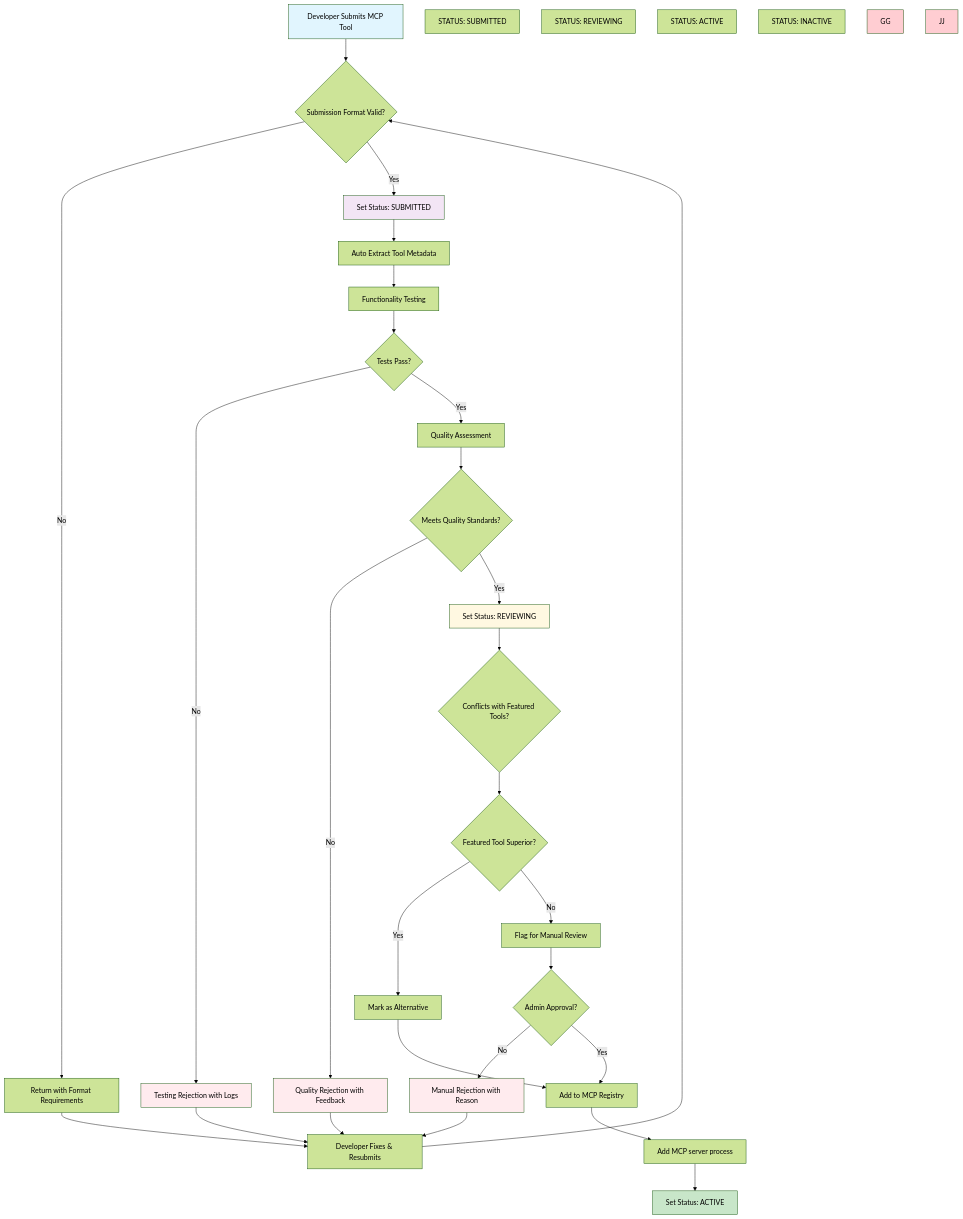
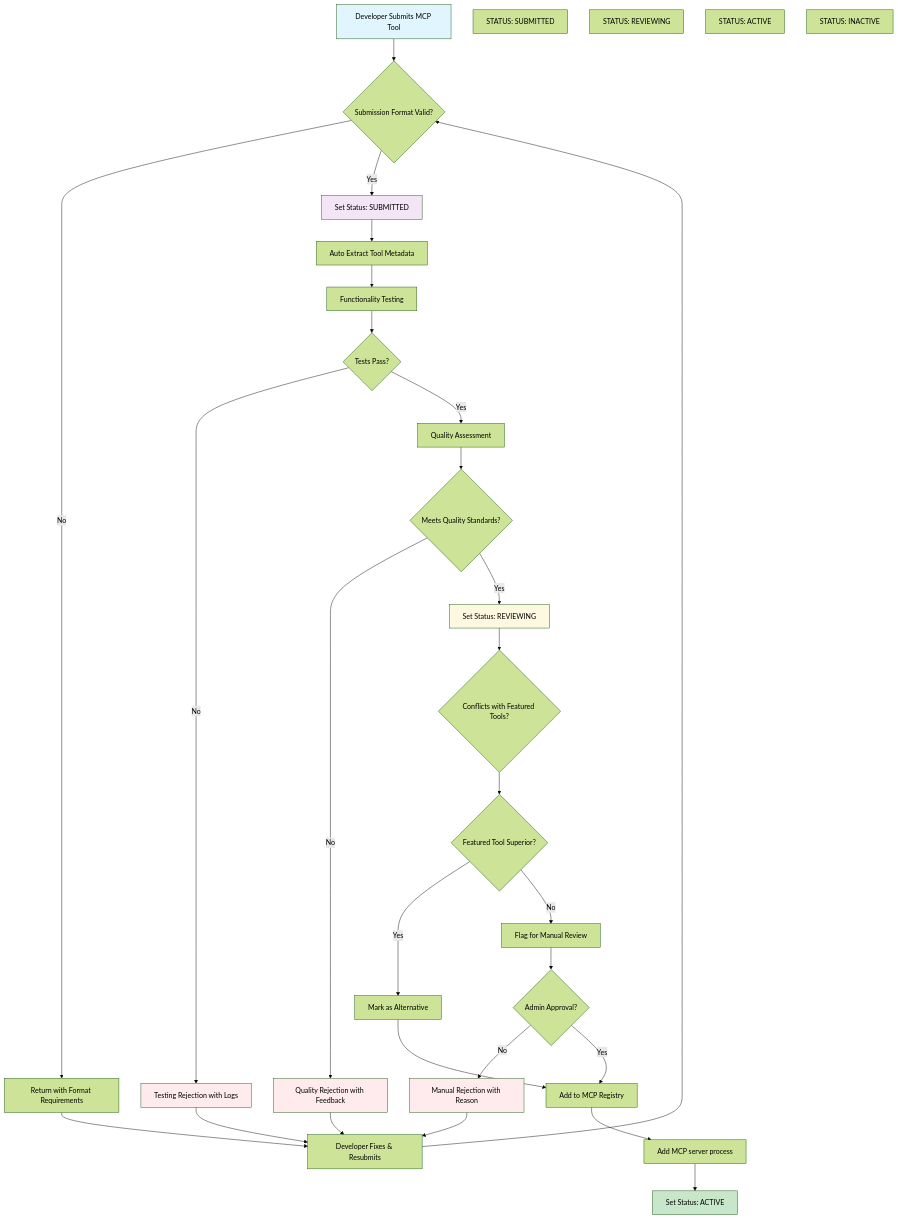
Before and after one commit to OmniMCP-AI/SE-prompt-context: the diagram in 09-process-mgmt/submit-mcp.mermaid, drawn with Mermaid (forest theme). The commit also changed other lines of this file, not shown here.

```diff
--- a/09-process-mgmt/submit-mcp.mermaid
+++ b/09-process-mgmt/submit-mcp.mermaid
@@ -1,64 +1,62 @@
 flowchart TD
     A[Developer Submits MCP Tool] --> B{Submission Format Valid?}
     B -->|No| C[Return with Format Requirements]
     B -->|Yes| D[Set Status: SUBMITTED]
     
     D --> E[Auto Extract Tool Metadata]
 
 
 
     
     
     
      
     G --> I{Featured Tool Superior?}
     I -->|Yes| J[Mark as Alternative]
     I -->|No| K[Flag for Manual Review]
     
     E --> O[Functionality Testing]
     
     O --> P{Tests Pass?}
     P -->|No| Q[Testing Rejection with Logs]
     P -->|Yes| R[Quality Assessment]
     
     R --> S{Meets Quality Standards?}
     S -->|No| T[Quality Rejection with Feedback]
     S -->|Yes| U[Set Status: REVIEWING]
     
     U --> G{Conflicts with Featured Tools?}
      
     K --> X{Admin Approval?}
     X -->|No| Y[Manual Rejection with Reason]
     X -->|Yes| Z[Add to MCP Registry]
     
     J --> Z
     Z --> BB[Add MCP server process]
     BB --> CC[Set Status: ACTIVE]
     
    
     %% Status flows
    
     
     C --> MM[Developer Fixes & Resubmits]
     Q --> MM
     T --> MM
     Y --> MM
     MM --> B
     
     %% Status boxes
     NN[STATUS: SUBMITTED]
     OO[STATUS: REVIEWING]    
     QQ[STATUS: ACTIVE]
     RR[STATUS: INACTIVE]
     
     style A fill:#e1f5fe
   
     style Q fill:#ffebee
     style T fill:#ffebee
     style Y fill:#ffebee
     style D fill:#f3e5f5
     style U fill:#fff8e1
     
     style CC fill:#c8e6c9
-    style GG fill:#ffcdd2
-    style JJ fill:#ffcdd2
```
